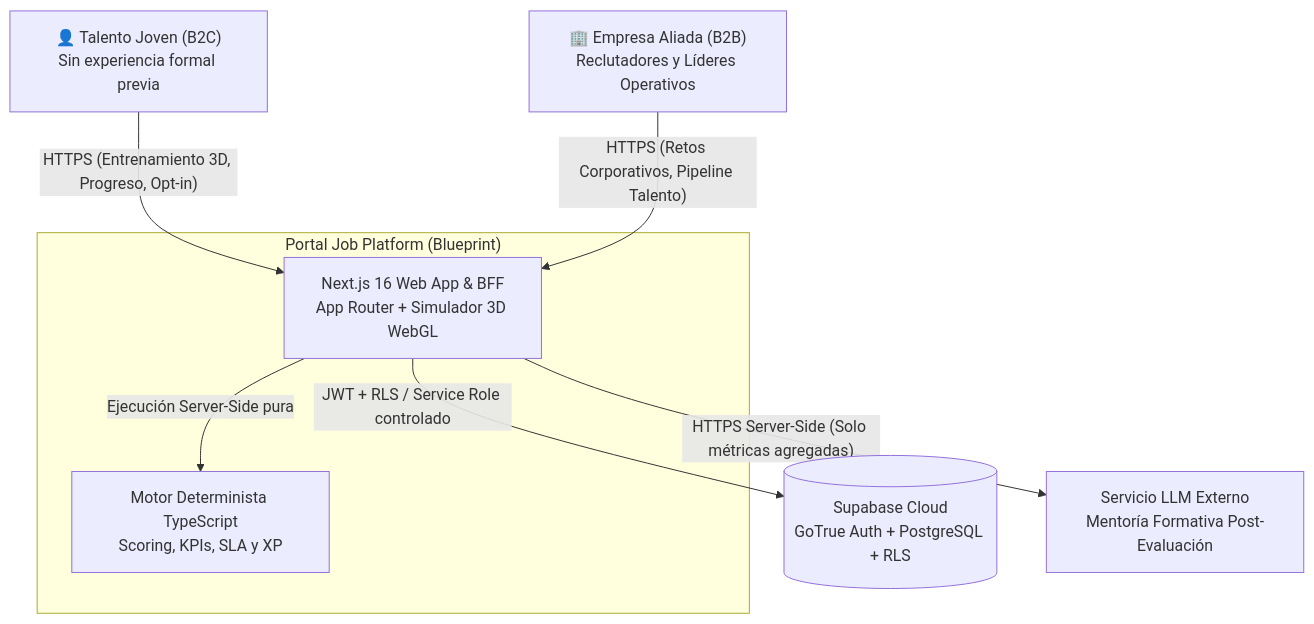
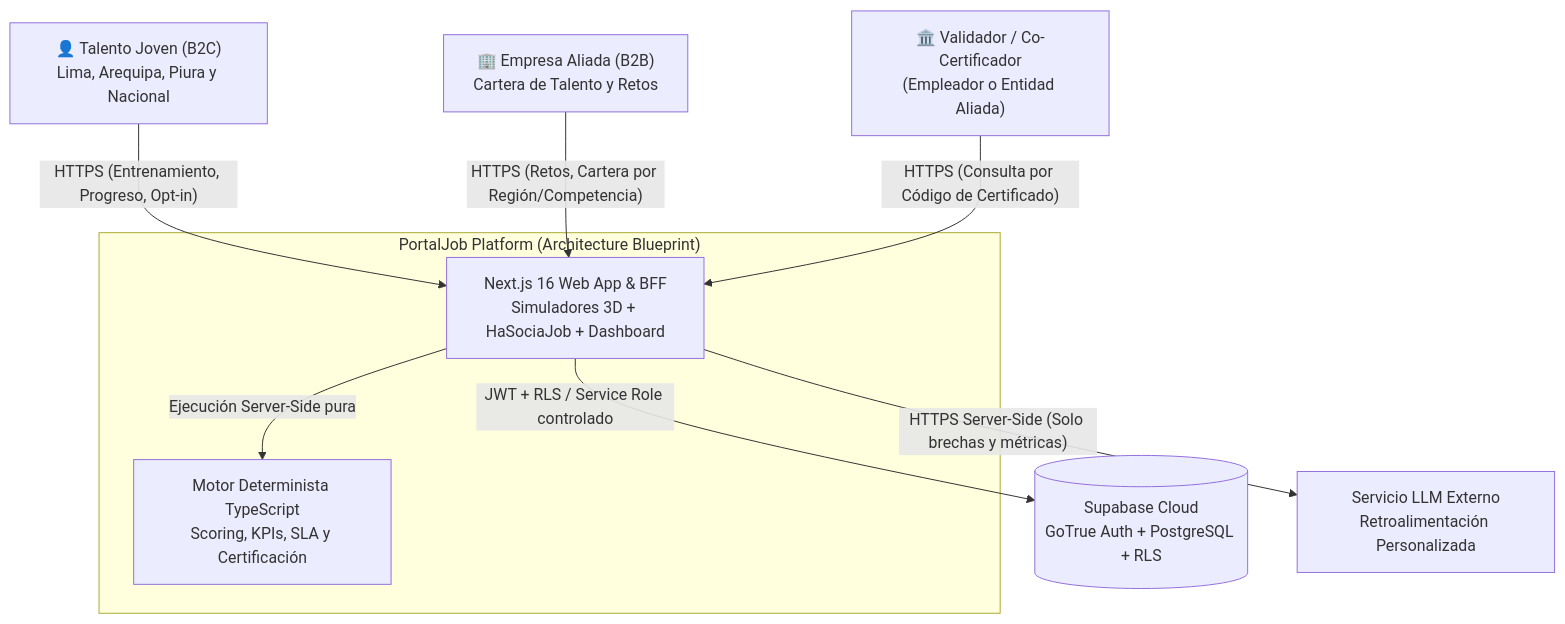
Before and after one commit to waxmorales/portal-job: the first of 2 diagrams in docs/ARCHITECTURE.md, drawn with Mermaid. The commit also changed other lines of this file and 16 other files, not shown here.

Commit message:
feat(architecture): align PortalJob blueprint with Admin/Logistics/Sales, HaSociaJob, verifiable certificates, and financial roadmap

````diff
--- a/docs/ARCHITECTURE.md
+++ b/docs/ARCHITECTURE.md
@@ -11,19 +11,21 @@
 ```mermaid
 flowchart TB
-    CAND["👤 Talento Joven (B2C)<br/>Sin experiencia formal previa"]
-    PARTNER["🏢 Empresa Aliada (B2B)<br/>Reclutadores y Líderes Operativos"]
+    CAND["👤 Talento Joven (B2C)<br/>Lima, Arequipa, Piura y Nacional"]
+    PARTNER["🏢 Empresa Aliada (B2B)<br/>Cartera de Talento y Retos"]
+    VERIFIER["🏛️ Validador / Co-Certificador<br/>(Empleador o Entidad Aliada)"]
 
-    subgraph PJ["Portal Job Platform (Blueprint)"]
-        APP["Next.js 16 Web App & BFF<br/>App Router + Simulador 3D WebGL"]
-        ENG["Motor Determinista TypeScript<br/>Scoring, KPIs, SLA y XP"]
+    subgraph PJ["PortalJob Platform (Architecture Blueprint)"]
+        APP["Next.js 16 Web App & BFF<br/>Simuladores 3D + HaSociaJob + Dashboard"]
+        ENG["Motor Determinista TypeScript<br/>Scoring, KPIs, SLA y Certificación"]
     end
 
     SUPA[("Supabase Cloud<br/>GoTrue Auth + PostgreSQL + RLS")]
-    LLM["Servicio LLM Externo<br/>Mentoría Formativa Post-Evaluación"]
+    LLM["Servicio LLM Externo<br/>Retroalimentación Personalizada"]
 
-    CAND -->|"HTTPS (Entrenamiento 3D, Progreso, Opt-in)"| APP
-    PARTNER -->|"HTTPS (Retos Corporativos, Pipeline Talento)"| APP
+    CAND -->|"HTTPS (Entrenamiento, Progreso, Opt-in)"| APP
+    PARTNER -->|"HTTPS (Retos, Cartera por Región/Competencia)"| APP
+    VERIFIER -->|"HTTPS (Consulta por Código de Certificado)"| APP
     APP -->|"Ejecución Server-Side pura"| ENG
     APP -->|"JWT + RLS / Service Role controlado"| SUPA
-    APP -->|"HTTPS Server-Side (Solo métricas agregadas)"| LLM
+    APP -->|"HTTPS Server-Side (Solo brechas y métricas)"| LLM
 ```
````
